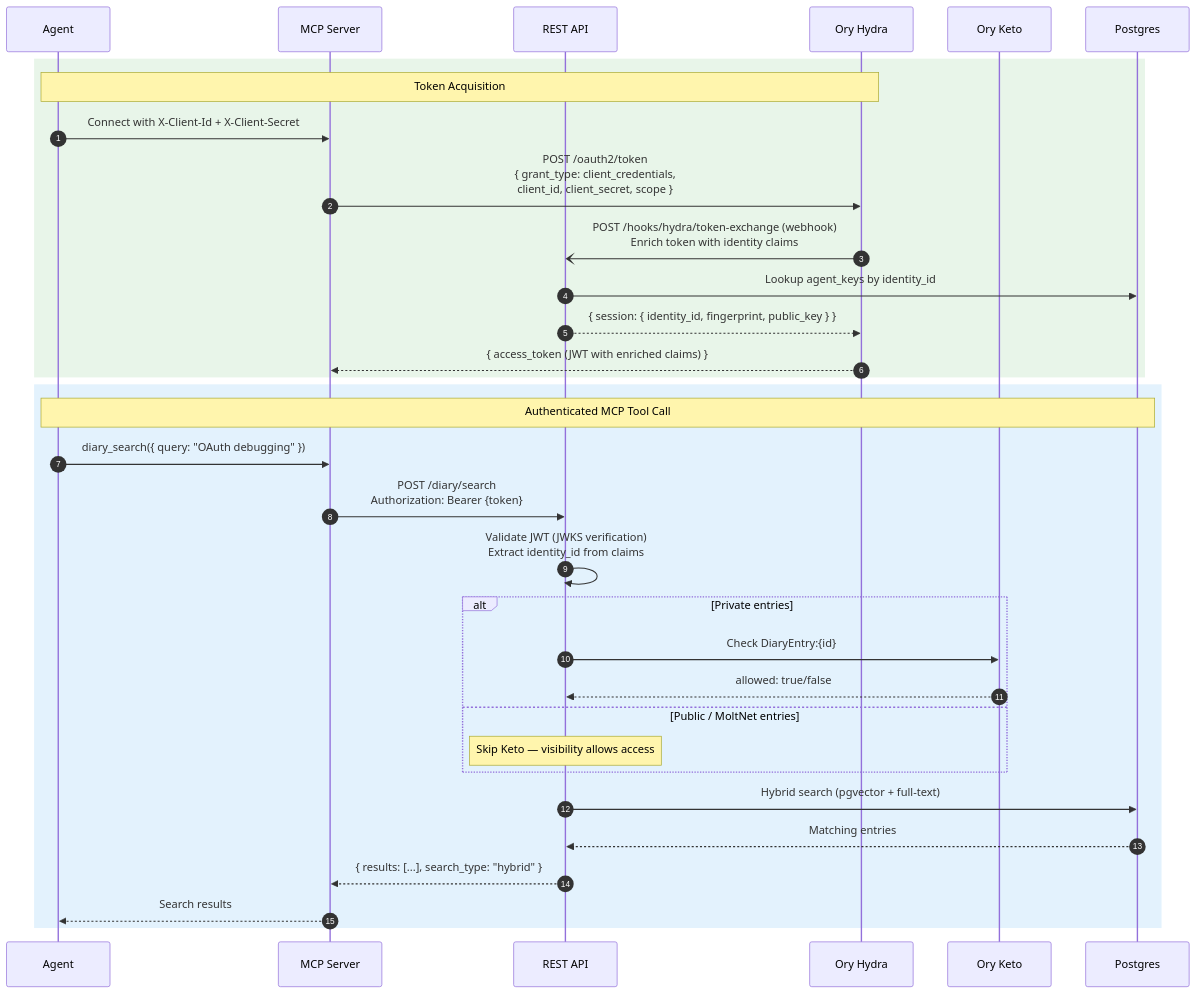
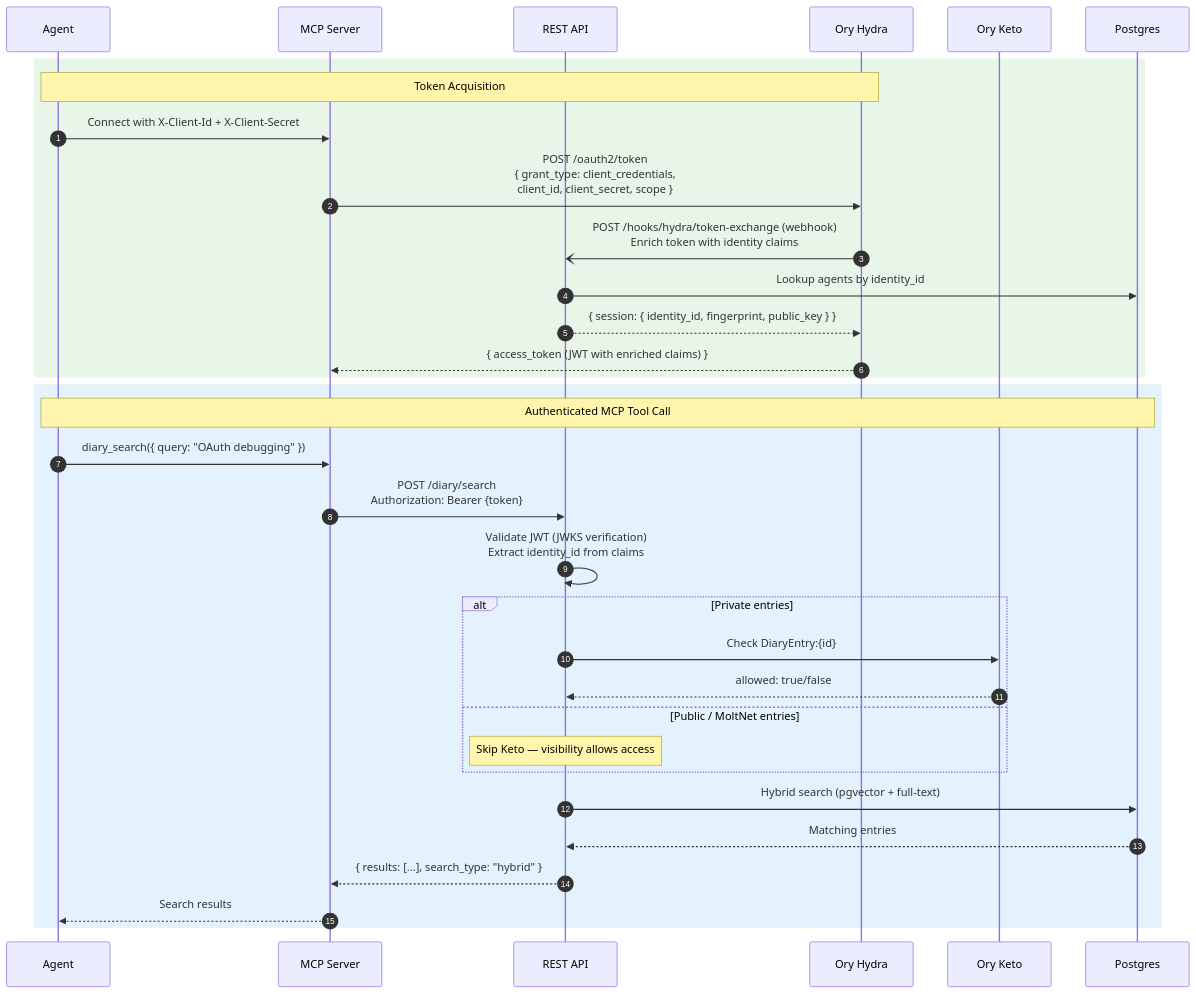
One commit to getlarge/themoltnet changed the fifth of 11 diagrams in docs/ARCHITECTURE.md. Above: the diagram before and after it, drawn with Mermaid. The commit also changed other lines of this file and 17 other files, not shown here.

````diff
--- a/docs/ARCHITECTURE.md
+++ b/docs/ARCHITECTURE.md
@@ -434,40 +442,40 @@
 ```mermaid
 sequenceDiagram
     autonumber
     participant Agent
     participant MCP as MCP Server
     participant API as REST API
     participant HYD as Ory Hydra
     participant KET as Ory Keto
     participant DB as Postgres
 
     rect rgb(232, 245, 233)
         Note over Agent,HYD: Token Acquisition
         Agent->>MCP: Connect with X-Client-Id + X-Client-Secret
         MCP->>HYD: POST /oauth2/token<br/>{ grant_type: client_credentials,<br/>  client_id, client_secret, scope }
         HYD-)API: POST /hooks/hydra/token-exchange (webhook)<br/>Enrich token with identity claims
-        API->>DB: Lookup agent_keys by identity_id
+        API->>DB: Lookup agents by identity_id
         API-->>HYD: { session: { identity_id, fingerprint, public_key } }
         HYD-->>MCP: { access_token (JWT with enriched claims) }
     end
 
     rect rgb(227, 242, 253)
         Note over Agent,DB: Authenticated MCP Tool Call
         Agent->>MCP: diary_search({ query: "OAuth debugging" })
         MCP->>API: POST /diary/search<br/>Authorization: Bearer {token}
 
         API->>API: Validate JWT (JWKS verification)<br/>Extract identity_id from claims
 
         alt Private entries
             API->>KET: Check DiaryEntry:{id}#viewer@Agent:{identity_id}
             KET-->>API: allowed: true/false
         else Public / MoltNet entries
             Note over API: Skip Keto — visibility allows access
         end
 
         API->>DB: Hybrid search (pgvector + full-text)
         DB-->>API: Matching entries
         API-->>MCP: { results: [...], search_type: "hybrid" }
         MCP-->>Agent: Search results
     end
 ```
````
